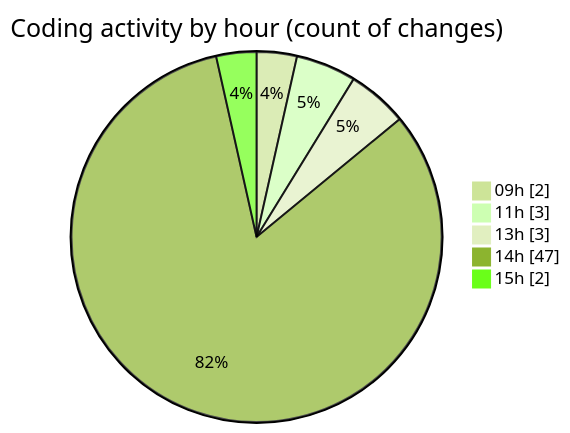
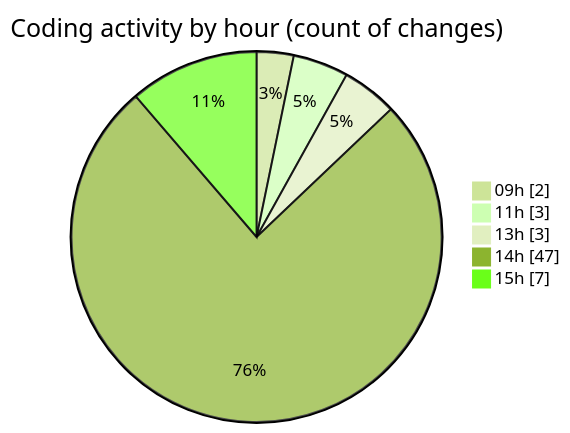
Before and after one commit to julien-gomy/code-tracking: the second of 2 diagrams in 2025-11-10/eventscop-frontend-guide__workspace_/README.md, drawn with Mermaid (forest theme). The commit also changed other lines of this file and 1 other file, not shown here.

````diff
--- a/2025-11-10/eventscop-frontend-guide__workspace_/README.md
+++ b/2025-11-10/eventscop-frontend-guide__workspace_/README.md
@@ -56,9 +57,9 @@
 ```mermaid
 pie showData
 title Coding activity by hour (count of changes)
 "09h" : 2
 "11h" : 3
 "13h" : 3
 "14h" : 47
-"15h" : 2
+"15h" : 7
 ```
````
